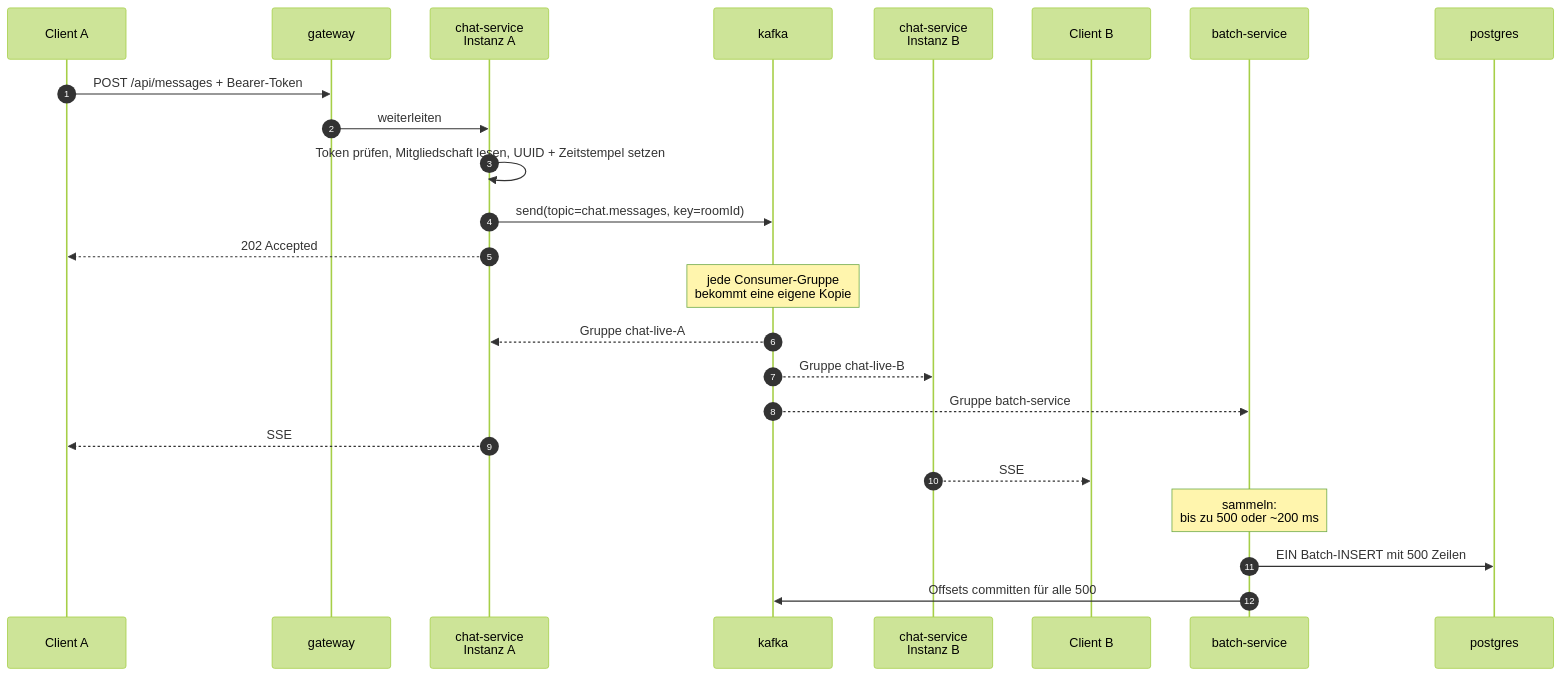
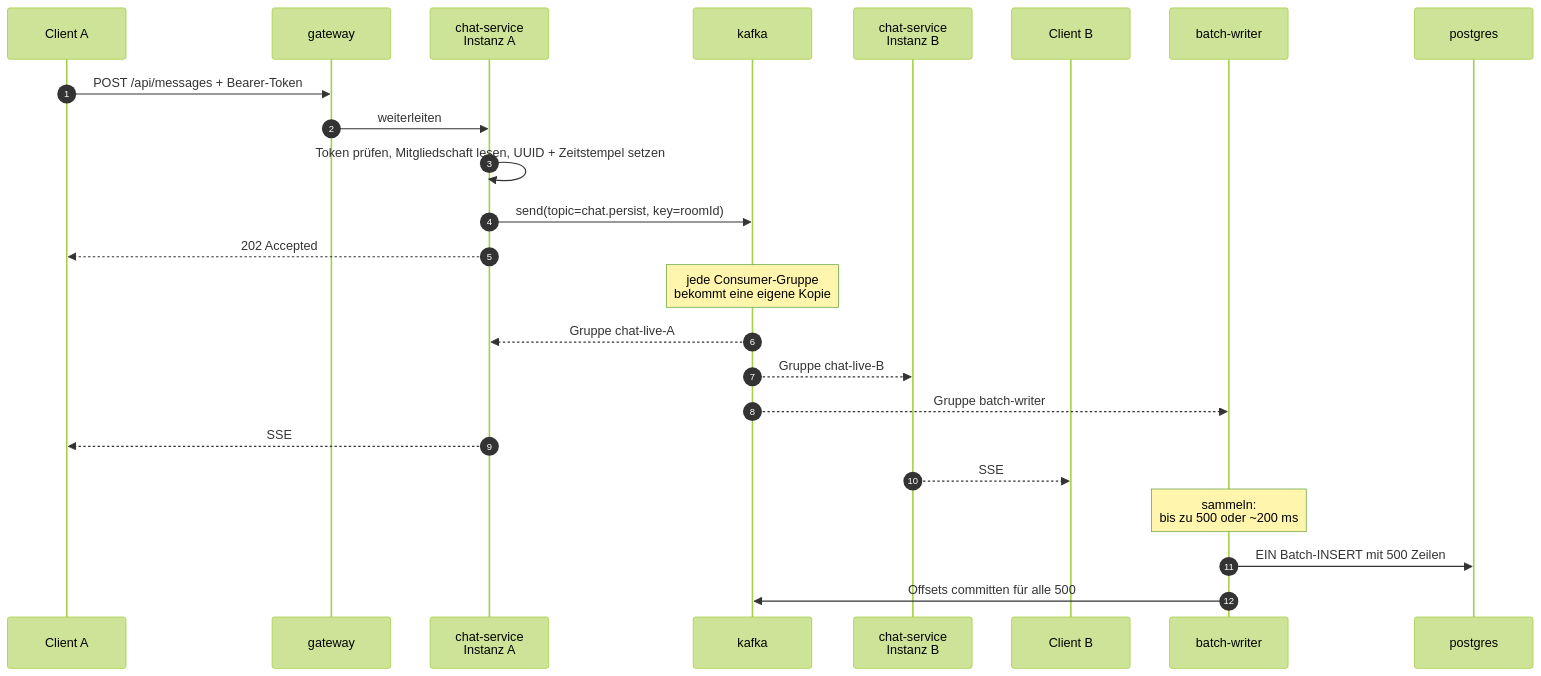
The second of 3 diagrams in PLANUNG.md (BlerjonAsllani/it3b-m321), drawn with Mermaid (forest theme) before and after one commit. The commit also changed other lines of this file, not shown here.

First line of the commit message:
docs: PLANUNG auf chat.persist, chat.dlq und batch-writer nachziehen

````diff
--- a/PLANUNG.md
+++ b/PLANUNG.md
@@ -117,27 +117,27 @@
 ```mermaid
 sequenceDiagram
   autonumber
   participant C as Client A
   participant G as gateway
   participant A as chat-service<br/>Instanz A
   participant K as kafka
   participant B as chat-service<br/>Instanz B
   participant C2 as Client B
-  participant BS as batch-service
+  participant BS as batch-writer
   participant DB as postgres
 
   C->>G: POST /api/messages + Bearer-Token
   G->>A: weiterleiten
   A->>A: Token prüfen, Mitgliedschaft lesen, UUID + Zeitstempel setzen
-  A->>K: send(topic=chat.messages, key=roomId)
+  A->>K: send(topic=chat.persist, key=roomId)
   A-->>C: 202 Accepted
   Note over K: jede Consumer-Gruppe<br/>bekommt eine eigene Kopie
   K-->>A: Gruppe chat-live-A
   K-->>B: Gruppe chat-live-B
-  K-->>BS: Gruppe batch-service
+  K-->>BS: Gruppe batch-writer
   A-->>C: SSE
   B-->>C2: SSE
   Note over BS: sammeln:<br/>bis zu 500 oder ~200 ms
   BS->>DB: EIN Batch-INSERT mit 500 Zeilen
   BS->>K: Offsets committen für alle 500
 ```
````
